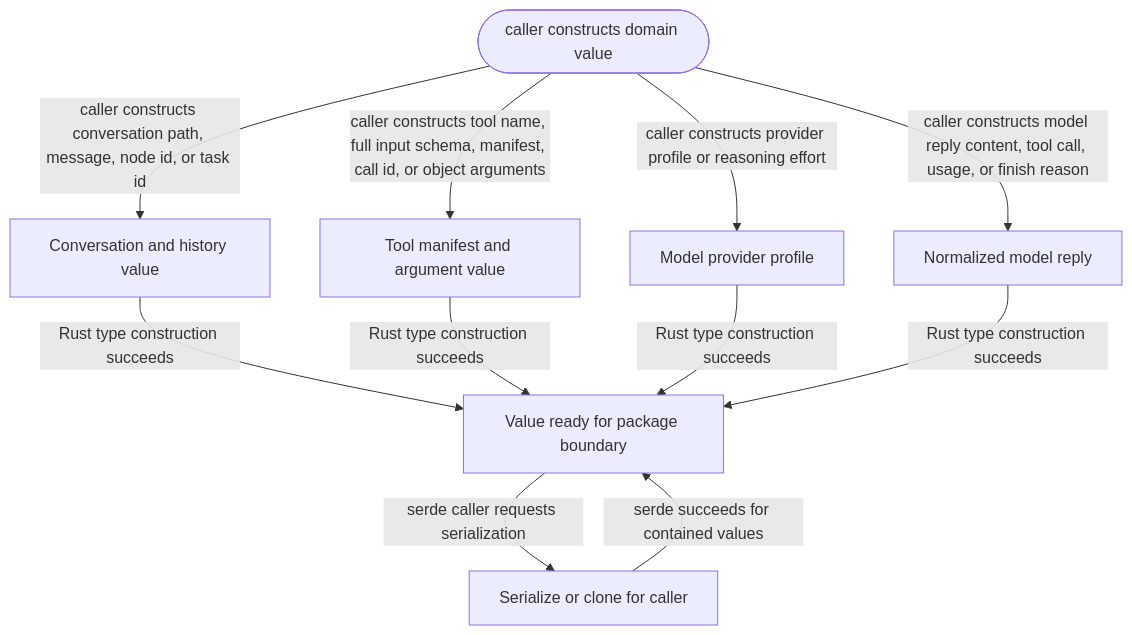
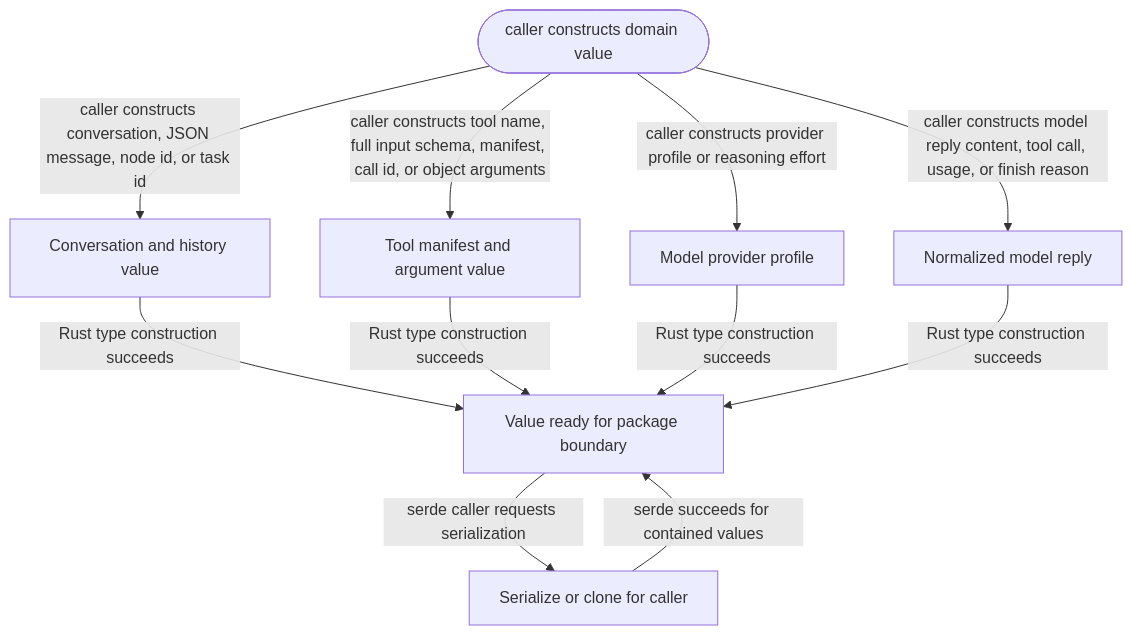
One commit to JiaJunDeng5930/Selvedge changed the diagram in crates/domain-model/README.md. Above: the diagram before and after it, drawn with Mermaid. The commit also changed other lines of this file and 5 other files, not shown here.

Commit message:
refactor(conversation): unify json protocol

````diff
--- a/crates/domain-model/README.md
+++ b/crates/domain-model/README.md
@@ -23,21 +25,21 @@
 ```mermaid
 flowchart TD
   Start([caller constructs domain value])
   Conversation[Conversation and history value]
   Tool[Tool manifest and argument value]
   Provider[Model provider profile]
   Reply[Normalized model reply]
   Ready[Value ready for package boundary]
   Serialize[Serialize or clone for caller]
 
-  Start -->|caller constructs conversation path, message, node id, or task id| Conversation
+  Start -->|caller constructs conversation, JSON message, node id, or task id| Conversation
   Start -->|caller constructs tool name, full input schema, manifest, call id, or object arguments| Tool
   Start -->|caller constructs provider profile or reasoning effort| Provider
   Start -->|caller constructs model reply content, tool call, usage, or finish reason| Reply
   Conversation -->|Rust type construction succeeds| Ready
   Tool -->|Rust type construction succeeds| Ready
   Provider -->|Rust type construction succeeds| Ready
   Reply -->|Rust type construction succeeds| Ready
   Ready -->|serde caller requests serialization| Serialize
   Serialize -->|serde succeeds for contained values| Ready
 ```
````
